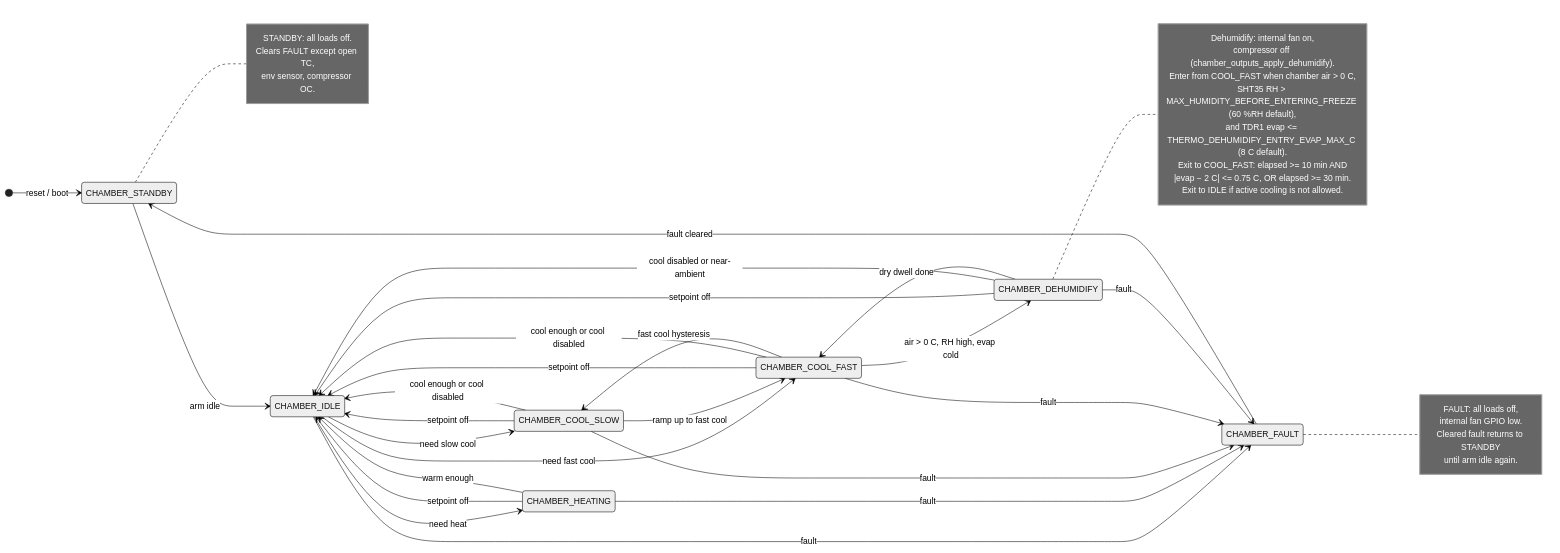
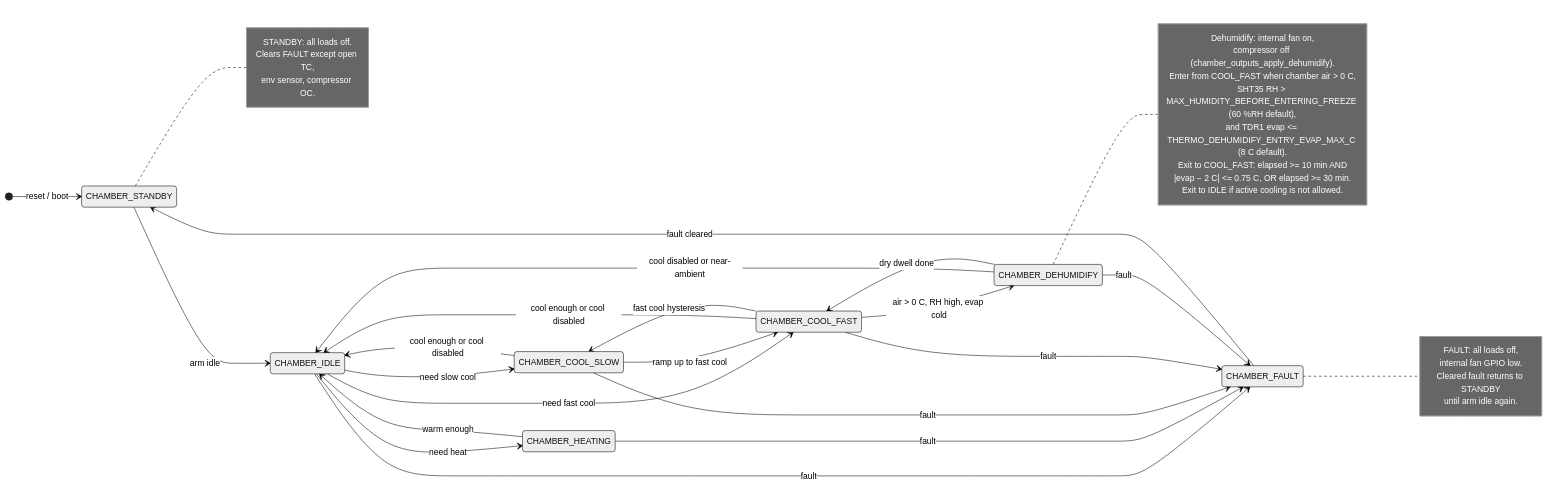
One commit to Team-Thermocline/Controller changed the first of 3 diagrams in Firmware/README.md. Above: the diagram before and after it, drawn with Mermaid (neutral theme). The commit also changed other lines of this file and 4 other files, not shown here.

````diff
--- a/Firmware/README.md
+++ b/Firmware/README.md
@@ -63,70 +59,65 @@
 ```mermaid
 stateDiagram-v2
   direction LR
 
   state "CHAMBER_STANDBY" as STBY
   state "CHAMBER_FAULT" as FLT
   state "CHAMBER_IDLE" as IDLE
   state "CHAMBER_HEATING" as HEAT
   state "CHAMBER_COOL_SLOW" as CSLOW
   state "CHAMBER_COOL_FAST" as CFAST
   state "CHAMBER_DEHUMIDIFY" as DEHUM
 
   [*] --> STBY : reset / boot
 
   STBY --> IDLE : arm idle
 
   note right of STBY
     STANDBY: all loads off.
     Clears FAULT except open TC,
     env sensor, compressor OC.
   end note
 
   IDLE --> FLT : fault
   HEAT --> FLT : fault
   CSLOW --> FLT : fault
   CFAST --> FLT : fault
   DEHUM --> FLT : fault
 
   note right of FLT
     FAULT: all loads off,
     internal fan GPIO low.
     Cleared fault returns to STANDBY
     until arm idle again.
   end note
 
   FLT --> STBY : fault cleared
 
-  HEAT --> IDLE : setpoint off
-  CSLOW --> IDLE : setpoint off
-  CFAST --> IDLE : setpoint off
-  DEHUM --> IDLE : setpoint off
-
   IDLE --> HEAT : need heat
   IDLE --> CSLOW : need slow cool
   IDLE --> CFAST : need fast cool
 
   HEAT --> IDLE : warm enough
 
   CSLOW --> IDLE : cool enough or cool disabled
   CFAST --> IDLE : cool enough or cool disabled
 
   CSLOW --> CFAST : ramp up to fast cool
   CFAST --> CSLOW : fast cool hysteresis
 
   CFAST --> DEHUM : air > 0 C, RH high, evap cold
 
   DEHUM --> IDLE : cool disabled or near-ambient
   DEHUM --> CFAST : dry dwell done
 
   note right of DEHUM
     Dehumidify: internal fan on,
     compressor off (chamber_outputs_apply_dehumidify).
     Enter from COOL_FAST when chamber air > 0 C,
     SHT35 RH > MAX_HUMIDITY_BEFORE_ENTERING_FREEZE (60 %RH default),
     and TDR1 evap <= THERMO_DEHUMIDIFY_ENTRY_EVAP_MAX_C (8 C default).
     Exit to COOL_FAST: elapsed >= 10 min AND
     |evap − 2 C| <= 0.75 C, OR elapsed >= 30 min.
     Exit to IDLE if active cooling is not allowed.
   end note
 ```
````
